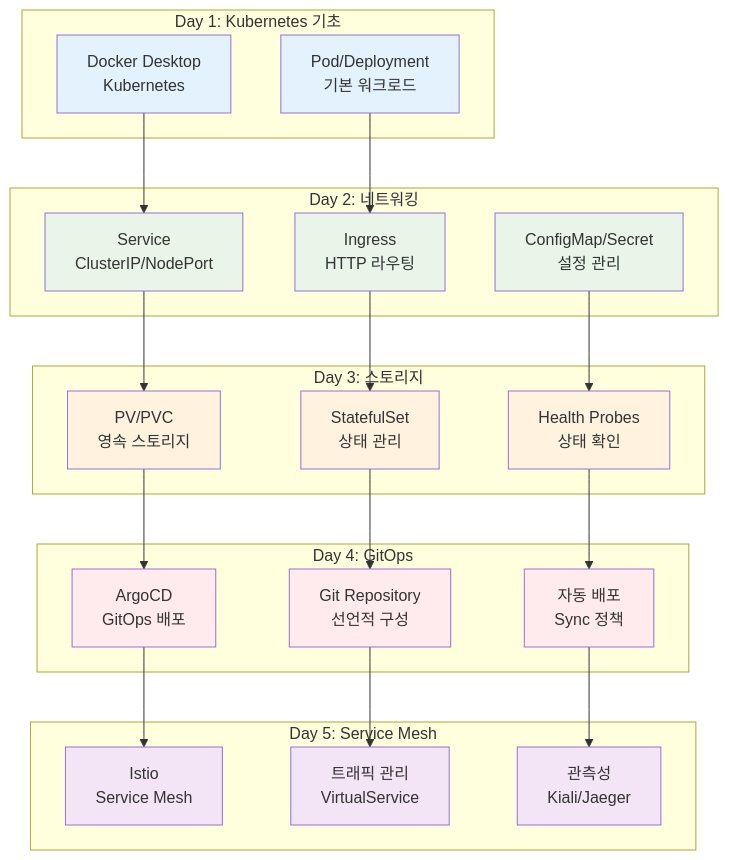
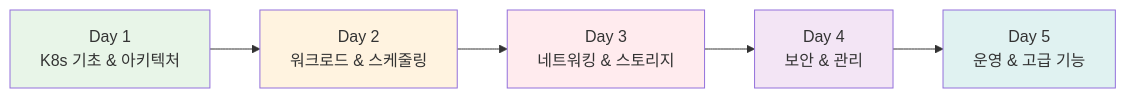
Before and after one commit to niceguy61/kdt_devops_lecture_2025: the diagram in theory/week_03/README.md, drawn with Mermaid. The commit also changed other lines of this file and 73 other files, not shown here.

````diff
--- a/theory/week_03/README.md
+++ b/theory/week_03/README.md
@@ -136,58 +32,13 @@
 ```mermaid
-graph TB
-    subgraph "Day 1: Kubernetes 기초"
-        A[Docker Desktop<br/>Kubernetes]
-        B[Pod/Deployment<br/>기본 워크로드]
-    end
+graph LR
+    A[Day 1<br/>K8s 기초 & 아키텍처] --> B[Day 2<br/>워크로드 & 스케줄링]
+    B --> C[Day 3<br/>네트워킹 & 스토리지]
+    C --> D[Day 4<br/>보안 & 관리]
+    D --> E[Day 5<br/>운영 & 고급 기능]
     
-    subgraph "Day 2: 네트워킹"
-        C[Service<br/>ClusterIP/NodePort]
-        D[Ingress<br/>HTTP 라우팅]
-        E[ConfigMap/Secret<br/>설정 관리]
-    end
-    
-    subgraph "Day 3: 스토리지"
-        F[PV/PVC<br/>영속 스토리지]
-        G[StatefulSet<br/>상태 관리]
-        H[Health Probes<br/>상태 확인]
-    end
-    
-    subgraph "Day 4: GitOps"
-        I[ArgoCD<br/>GitOps 배포]
-        J[Git Repository<br/>선언적 구성]
-        K[자동 배포<br/>Sync 정책]
-    end
-    
-    subgraph "Day 5: Service Mesh"
-        L[Istio<br/>Service Mesh]
-        M[트래픽 관리<br/>VirtualService]
-        N[관측성<br/>Kiali/Jaeger]
-    end
-    
-    A --> C
-    B --> D
-    C --> F
-    D --> G
-    E --> H
-    F --> I
-    G --> J
-    H --> K
-    I --> L
-    J --> M
-    K --> N
-    
-    style A fill:#e3f2fd
-    style B fill:#e3f2fd
-    style C fill:#e8f5e8
-    style D fill:#e8f5e8
-    style E fill:#e8f5e8
-    style F fill:#fff3e0
-    style G fill:#fff3e0
-    style H fill:#fff3e0
-    style I fill:#ffebee
-    style J fill:#ffebee
-    style K fill:#ffebee
-    style L fill:#f3e5f5
-    style M fill:#f3e5f5
-    style N fill:#f3e5f5
+    style A fill:#e8f5e8
+    style B fill:#fff3e0
+    style C fill:#ffebee
+    style D fill:#f3e5f5
+    style E fill:#e0f2f1
 ```
````
